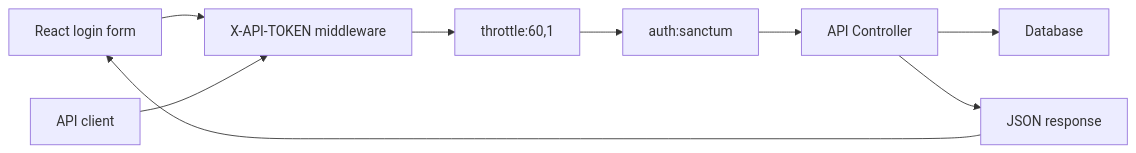
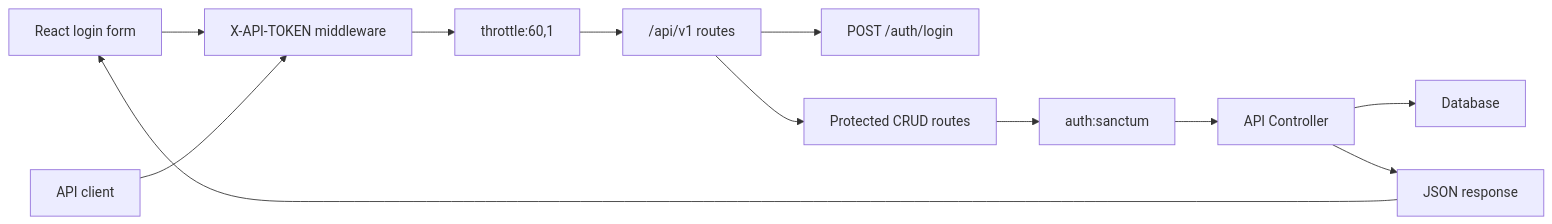
One commit to habibtalib/laravel-api-tutorial changed the diagram in bahasa-malaysia/training/day-3-api-security.md. Above: the diagram before and after it, drawn with Mermaid. The commit also changed other lines of this file and 5 other files, not shown here.

````diff
--- a/bahasa-malaysia/training/day-3-api-security.md
+++ b/bahasa-malaysia/training/day-3-api-security.md
@@ -48,11 +65,14 @@
 ```mermaid
 flowchart LR
     React["React login form"] --> FrontendToken["X-API-TOKEN middleware"]
     Client["API client"] --> FrontendToken
     FrontendToken --> Throttle["throttle:60,1"]
-    Throttle --> Sanctum["auth:sanctum"]
+    Throttle --> RouteGroup["/api/v1 routes"]
+    RouteGroup --> Login["POST /auth/login"]
+    RouteGroup --> ProtectedCrud["Protected CRUD routes"]
+    ProtectedCrud --> Sanctum["auth:sanctum"]
     Sanctum --> Controller["API Controller"]
     Controller --> DB["Database"]
     Controller --> JSON["JSON response"]
     JSON --> React
 ```
````
